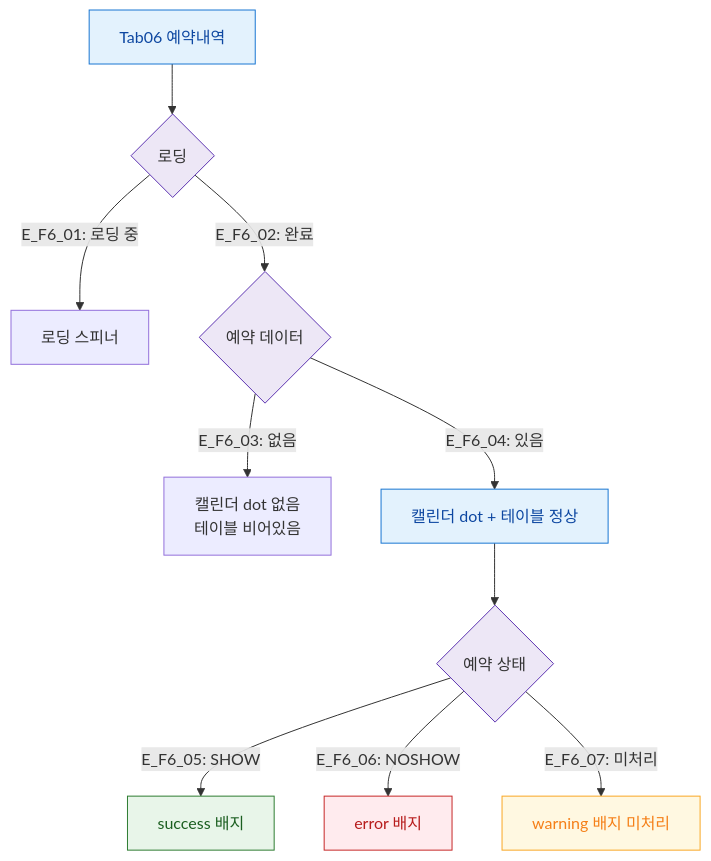
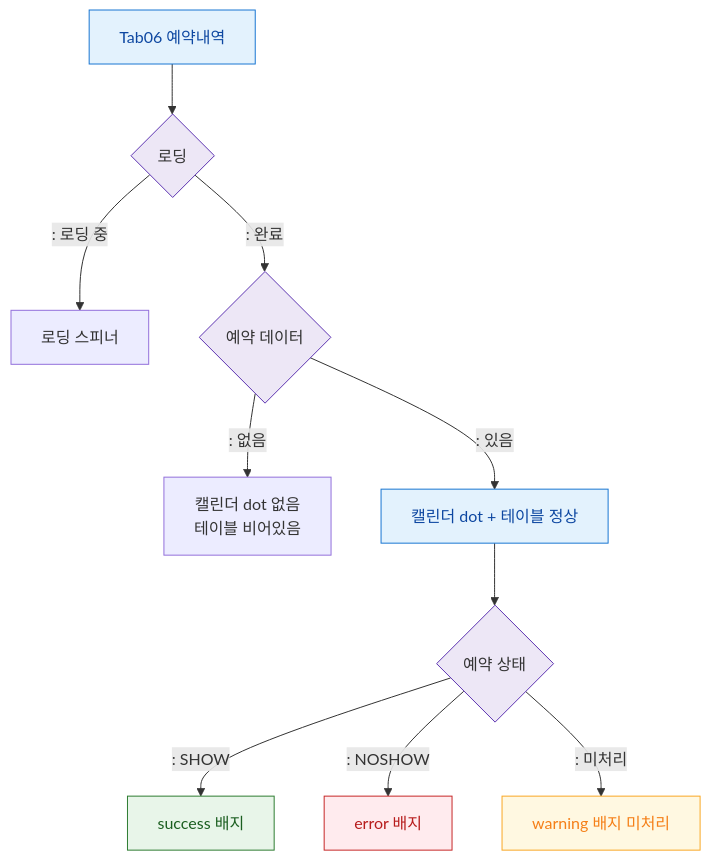
The diagram in docs/다이어그램/D02_회원관리/SCR-M004_회원상세/Tab06_예약내역/F6_상태별.md (dev-spogym/admin-pando), drawn with Mermaid before and after one commit. The commit also changed other lines of this file and 1660 other files, not shown here.

First line of the commit message:
다이어그램: 기획자/클라이언트 납품본으로 정리

````diff
--- a/docs/다이어그램/D02_회원관리/SCR-M004_회원상세/Tab06_예약내역/F6_상태별.md
+++ b/docs/다이어그램/D02_회원관리/SCR-M004_회원상세/Tab06_예약내역/F6_상태별.md
@@ -22,24 +20,24 @@
 ```mermaid
 flowchart TD
   TAB[Tab06 예약내역] --> LOAD{로딩}
-  LOAD -->|"E_F6_01: 로딩 중"| SPINNER[로딩 스피너]
-  LOAD -->|"E_F6_02: 완료"| DATA{예약 데이터}
-  DATA -->|"E_F6_03: 없음"| EMPTY[캘린더 dot 없음\n테이블 비어있음]
-  DATA -->|"E_F6_04: 있음"| NORMAL[캘린더 dot + 테이블 정상]
+  LOAD -->|": 로딩 중"|SPINNER[로딩 스피너]
+  LOAD -->|": 완료"|DATA{예약 데이터}
+  DATA -->|": 없음"|EMPTY[캘린더 dot 없음\n테이블 비어있음]
+  DATA -->|": 있음"|NORMAL[캘린더 dot + 테이블 정상]
 
   NORMAL --> BOOK_ST{예약 상태}
-  BOOK_ST -->|"E_F6_05: SHOW"| SHOW_ROW[success 배지]
-  BOOK_ST -->|"E_F6_06: NOSHOW"| NOSHOW_ROW[error 배지]
-  BOOK_ST -->|"E_F6_07: 미처리"| PEND_ROW[warning 배지 미처리]
+  BOOK_ST -->|": SHOW"|SHOW_ROW[success 배지]
+  BOOK_ST -->|": NOSHOW"|NOSHOW_ROW[error 배지]
+  BOOK_ST -->|": 미처리"|PEND_ROW[warning 배지 미처리]
 
   classDef screen fill:#E3F2FD,stroke:#1976D2,color:#0D47A1
   classDef system fill:#EDE7F6,stroke:#5E35B2
   classDef success fill:#E8F5E9,stroke:#2E7D32,color:#1B5E20
   classDef error fill:#FFEBEE,stroke:#C62828,color:#B71C1C
   classDef warning fill:#FFF8E1,stroke:#F9A825,color:#F57F17
   class TAB,NORMAL screen
   class LOAD,DATA,BOOK_ST system
   class SHOW_ROW success
   class NOSHOW_ROW error
   class PEND_ROW warning
 ```
````
